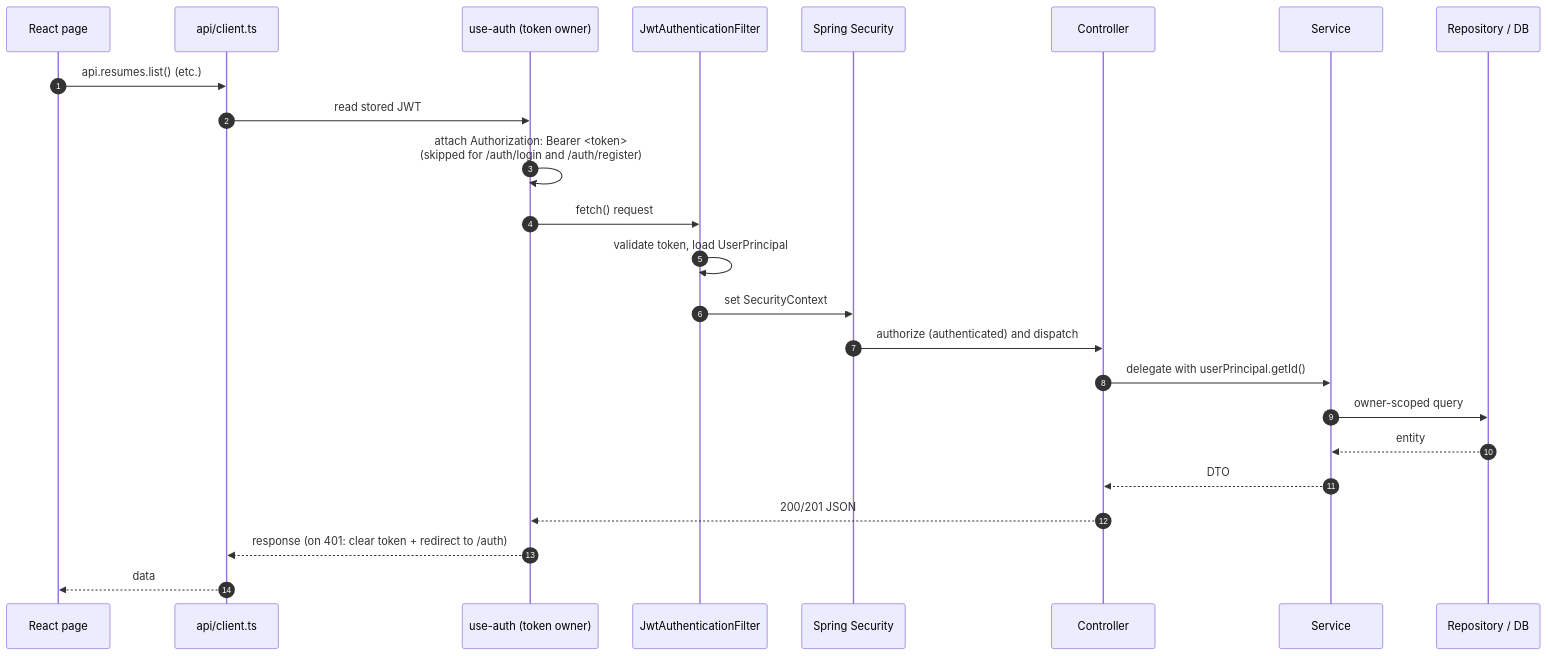
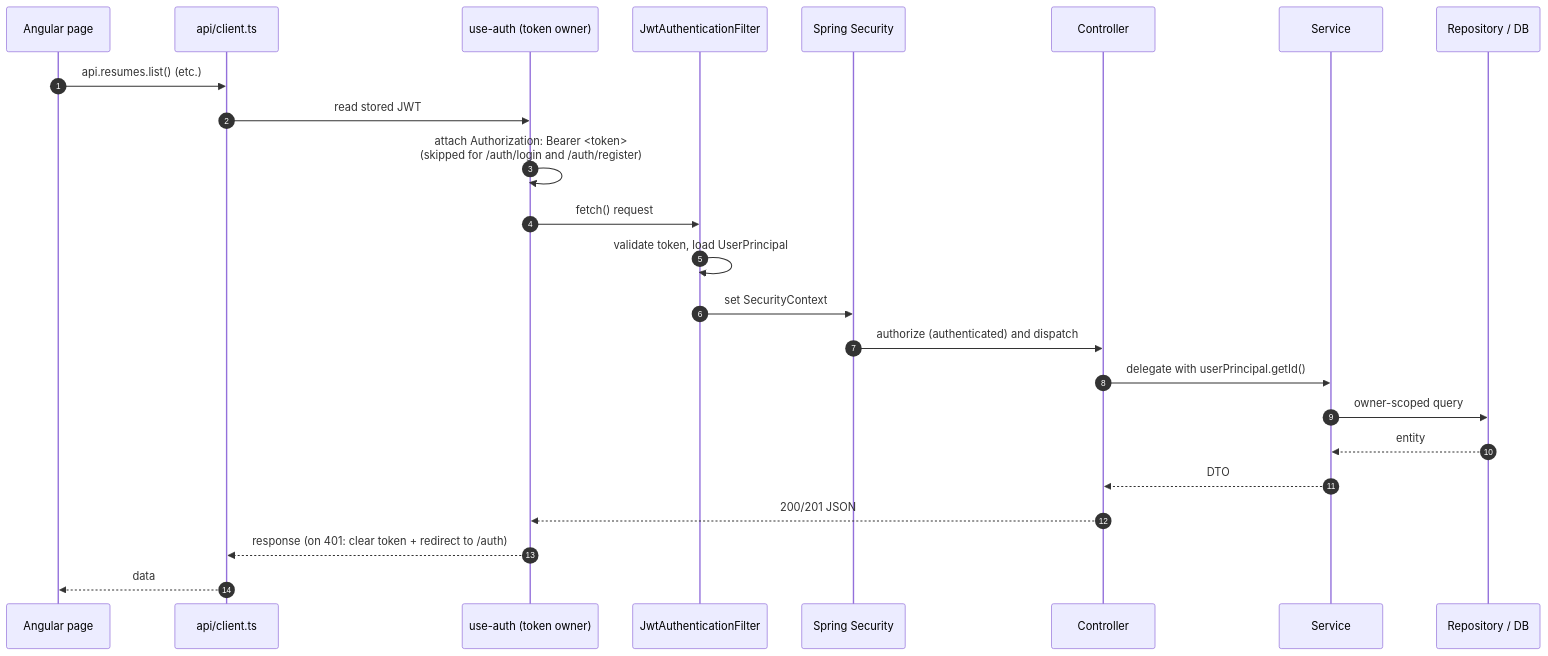
The sixth of 12 diagrams in docs/ARCHITECTURE.md (elel-m-b/CareerPilot), drawn with Mermaid before and after one commit. The commit also changed other lines of this file and 215 other files, not shown here.

````diff
--- a/docs/ARCHITECTURE.md
+++ b/docs/ARCHITECTURE.md
@@ -316,27 +316,27 @@
 ```mermaid
 sequenceDiagram
     autonumber
-    participant C as React page
+    participant C as Angular page
     participant S as api/client.ts
     participant I as use-auth (token owner)
     participant F as JwtAuthenticationFilter
     participant Sec as Spring Security
     participant Ctl as Controller
     participant Svc as Service
     participant DB as Repository / DB
 
     C->>S: api.resumes.list() (etc.)
     S->>I: read stored JWT
     I->>I: attach Authorization: Bearer <token><br/>(skipped for /auth/login and /auth/register)
     I->>F: fetch() request
     F->>F: validate token, load UserPrincipal
     F->>Sec: set SecurityContext
     Sec->>Ctl: authorize (authenticated) and dispatch
     Ctl->>Svc: delegate with userPrincipal.getId()
     Svc->>DB: owner-scoped query
     DB-->>Svc: entity
     Svc-->>Ctl: DTO
     Ctl-->>I: 200/201 JSON
     I-->>S: response (on 401: clear token + redirect to /auth)
     S-->>C: data
 ```
````
